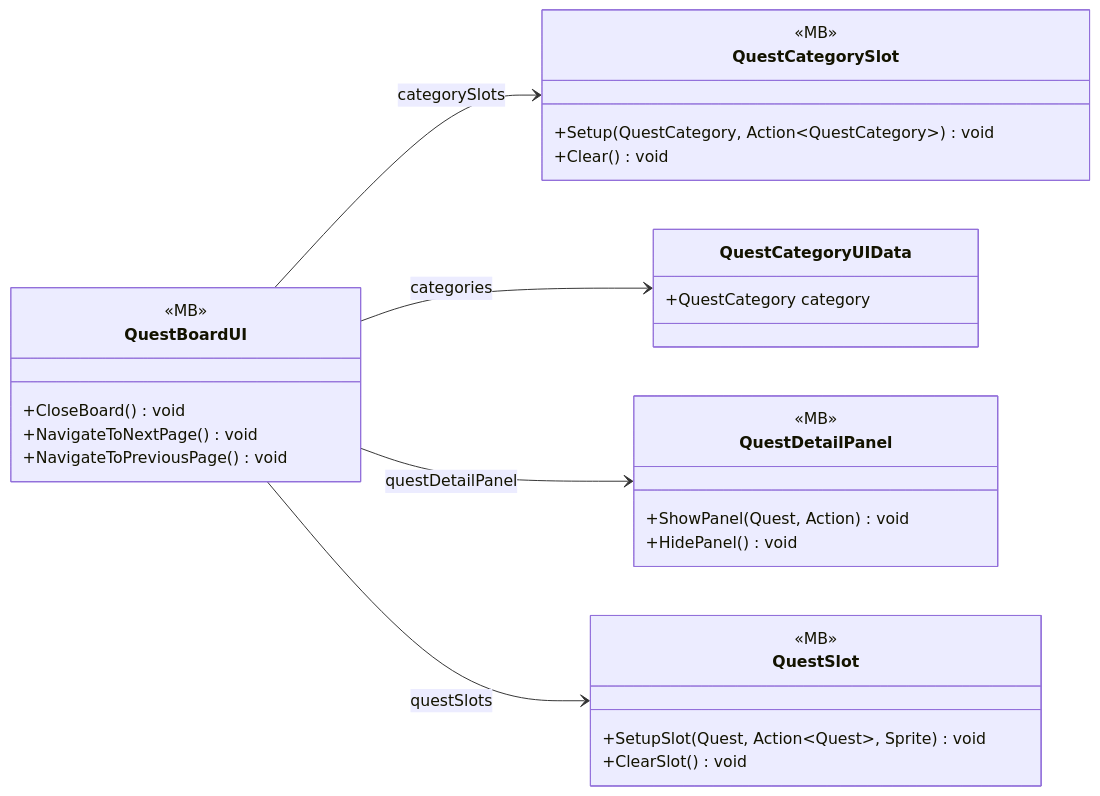
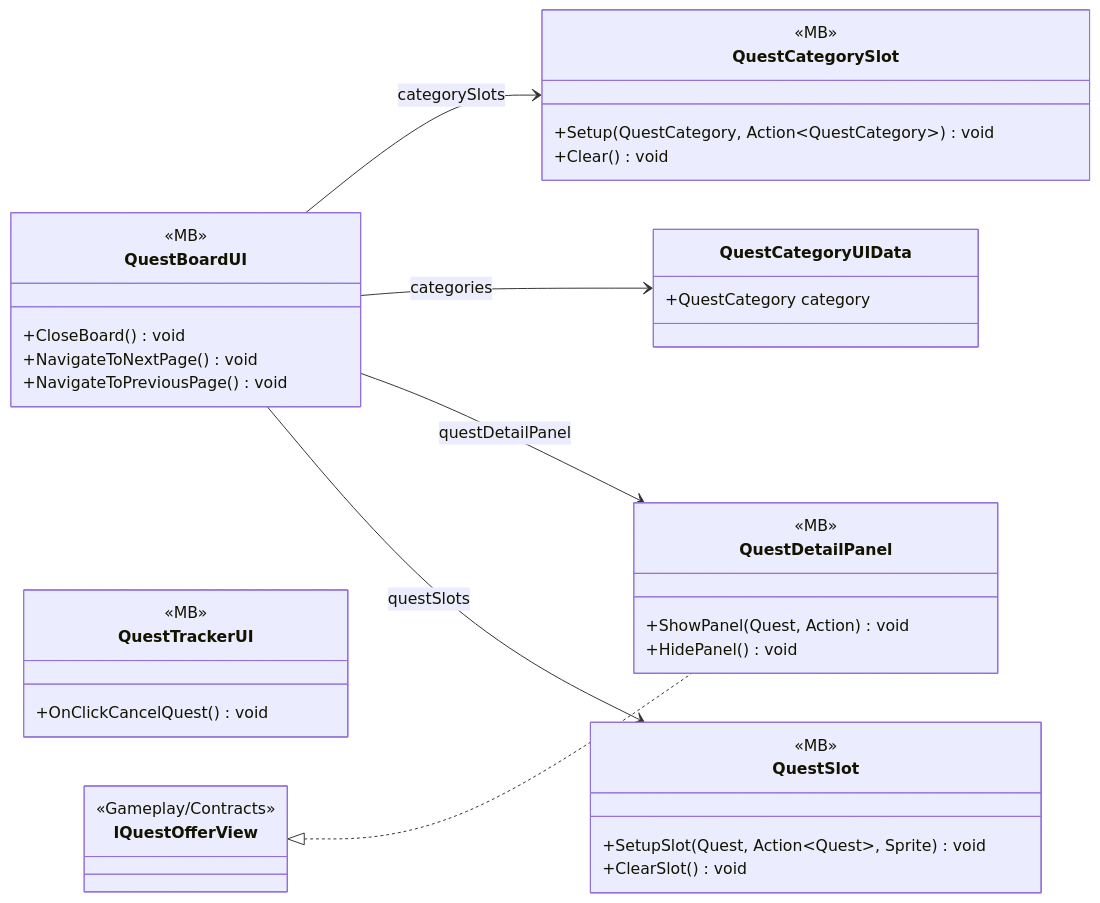
One commit to PhumipatWave/project-ocean changed the diagram in docs/uml/modules/UI_Quest.md. Above: the diagram before and after it, drawn with Mermaid. The commit also changed other lines of this file and 531 other files, not shown here.

````diff
--- a/docs/uml/modules/UI_Quest.md
+++ b/docs/uml/modules/UI_Quest.md
@@ -7,32 +7,40 @@
 ```mermaid
 classDiagram
   direction LR
   class QuestBoardUI {
     <<MB>>
     +CloseBoard() void
     +NavigateToNextPage() void
     +NavigateToPreviousPage() void
   }
   class QuestCategoryUIData {
     +QuestCategory category
   }
   class QuestCategorySlot {
     <<MB>>
     +Setup(QuestCategory, Action~QuestCategory~) void
     +Clear() void
   }
   class QuestDetailPanel {
     <<MB>>
     +ShowPanel(Quest, Action) void
     +HidePanel() void
   }
   class QuestSlot {
     <<MB>>
     +SetupSlot(Quest, Action~Quest~, Sprite) void
     +ClearSlot() void
   }
+  class QuestTrackerUI {
+    <<MB>>
+    +OnClickCancelQuest() void
+  }
+  class IQuestOfferView {
+    <<Gameplay/Contracts>>
+  }
+  IQuestOfferView <|.. QuestDetailPanel
   QuestBoardUI --> QuestCategorySlot : categorySlots
   QuestBoardUI --> QuestCategoryUIData : categories
   QuestBoardUI --> QuestDetailPanel : questDetailPanel
   QuestBoardUI --> QuestSlot : questSlots
 ```
````
